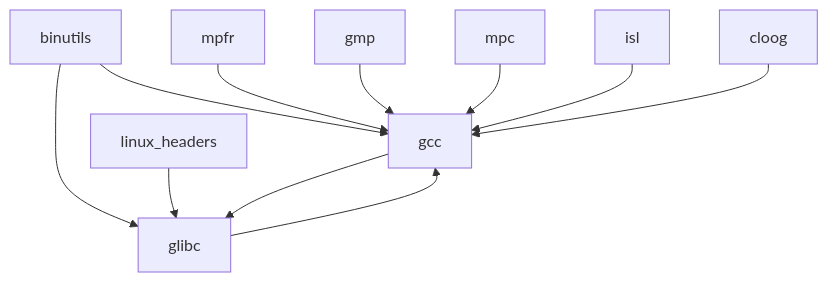
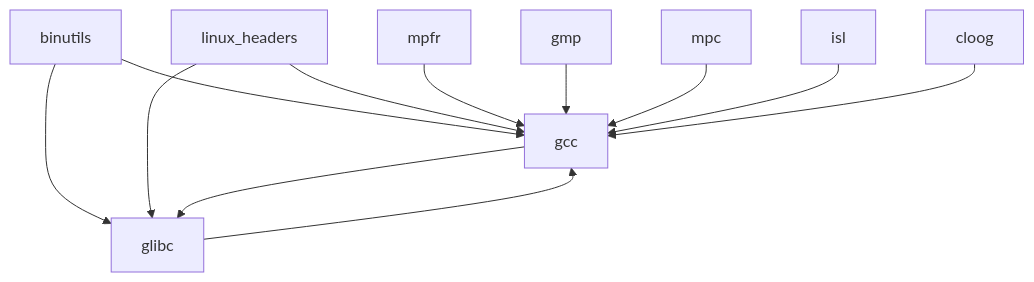
One commit to ChaineeYang/ChaineeYang.github.io changed the diagram in 手动编译交叉编译工具链.md. Above: the diagram before and after it, drawn with Mermaid. The commit also changed other lines of this file, not shown here.

````diff
--- a/手动编译交叉编译工具链.md
+++ b/手动编译交叉编译工具链.md
@@ -17,13 +17,14 @@
 ```mermaid
 graph TB
     binutils --> gcc
     binutils --> glibc
     linux_headers --> glibc
+    linux_headers --> gcc
     glibc --> gcc
     gcc --> glibc
     mpfr --> gcc
     gmp --> gcc
     mpc --> gcc
     isl --> gcc
     cloog --> gcc
 ```
````
